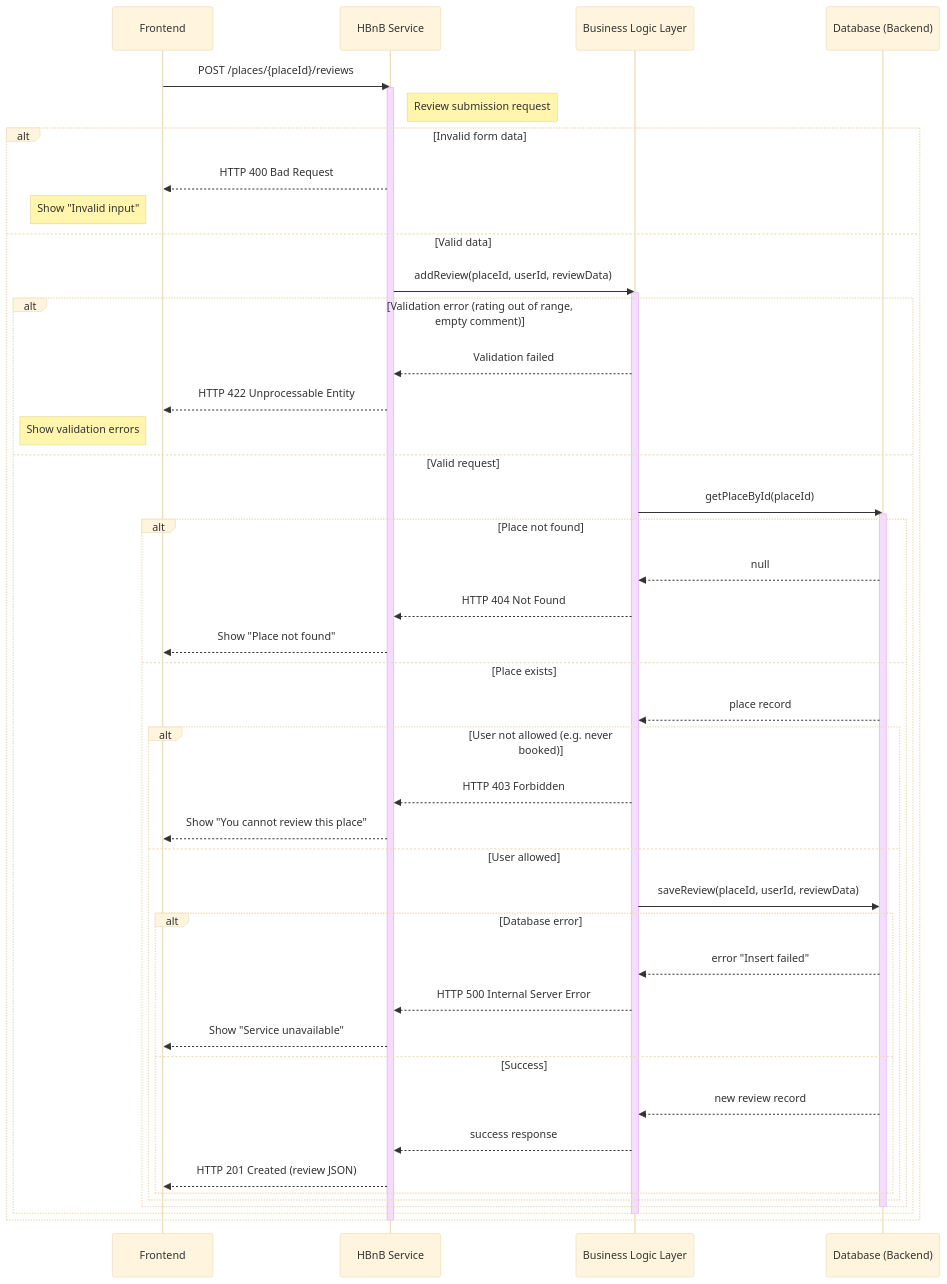
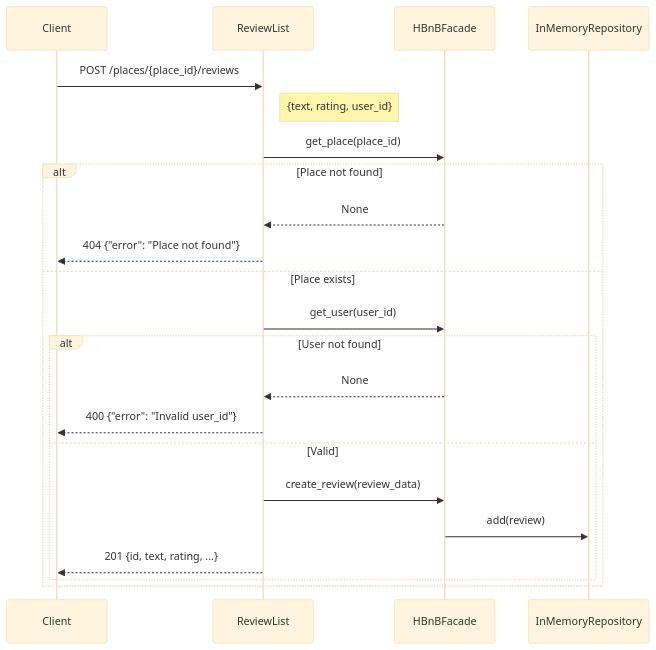
Before and after one commit to LEROY-Yanis/holbertonschool-hbnb: the fifth of 6 diagrams in part1/résume_des_3.md, drawn with Mermaid (base theme). The commit also changed other lines of this file, not shown here.

Commit message:
Refactor technical documentation for HBnB application: enhance structure, clarify sections, and update API interaction details

````diff
--- a/part1/résume_des_3.md
+++ b/part1/résume_des_3.md
@@ -405,58 +327,27 @@
 ```mermaid
 sequenceDiagram
-    participant User as Frontend
-    participant Service as HBnB Service
-    participant Logic as Business Logic Layer
-    participant Storage as Database (Backend)
+    participant Client
+    participant API as ReviewList
+    participant Facade as HBnBFacade
+    participant Repo as InMemoryRepository
 
-    User->>Service: POST /places/{placeId}/reviews
-    activate Service
-    Note right of Service: Review submission request
-
-    alt Invalid form data
-        Service-->>User: HTTP 400 Bad Request
-        Note left of User: Show "Invalid input"
-    else Valid data
-        Service->>Logic: addReview(placeId, userId, reviewData)
-        activate Logic
-
-        alt Validation error (rating out of range, empty comment)
-            Logic-->>Service: Validation failed
-            Service-->>User: HTTP 422 Unprocessable Entity
-            Note left of User: Show validation errors
-        else Valid request
-            Logic->>Storage: getPlaceById(placeId)
-            activate Storage
-
-            alt Place not found
-                Storage-->>Logic: null
-                Logic-->>Service: HTTP 404 Not Found
-                Service-->>User: Show "Place not found"
-            else Place exists
-                Storage-->>Logic: place record
-
-                alt User not allowed (e.g. never booked)
-                    Logic-->>Service: HTTP 403 Forbidden
-                    Service-->>User: Show "You cannot review this place"
-                else User allowed
-                    Logic->>Storage: saveReview(placeId, userId, reviewData)
-                    alt Database error
-                        Storage-->>Logic: error "Insert failed"
-                        Logic-->>Service: HTTP 500 Internal Server Error
-                        Service-->>User: Show "Service unavailable"
-                    else Success
-                        Storage-->>Logic: new review record
-                        Logic-->>Service: success response
-                        Service-->>User: HTTP 201 Created (review JSON)
-                    end
-                end
-            end
-
-            deactivate Storage
+    Client->>API: POST /places/{place_id}/reviews
+    Note right of API: {text, rating, user_id}
+    
+    API->>Facade: get_place(place_id)
+    
+    alt Place not found
+        Facade-->>API: None
+        API-->>Client: 404 {"error": "Place not found"}
+    else Place exists
+        API->>Facade: get_user(user_id)
+        alt User not found
+            Facade-->>API: None
+            API-->>Client: 400 {"error": "Invalid user_id"}
+        else Valid
+            API->>Facade: create_review(review_data)
+            Facade->>Repo: add(review)
+            API-->>Client: 201 {id, text, rating, ...}
         end
-
-        deactivate Logic
     end
-
-    deactivate Service
 ```
````
